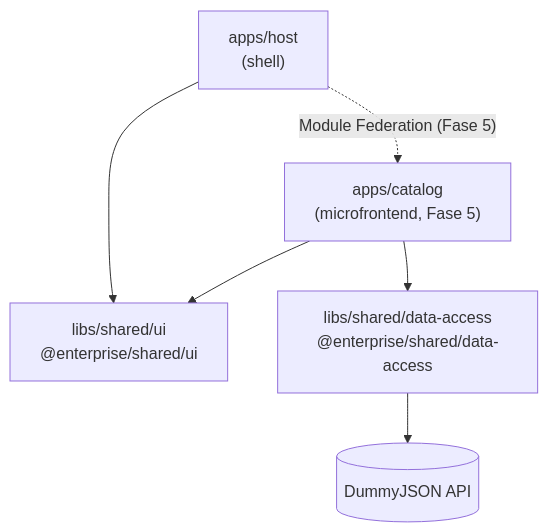
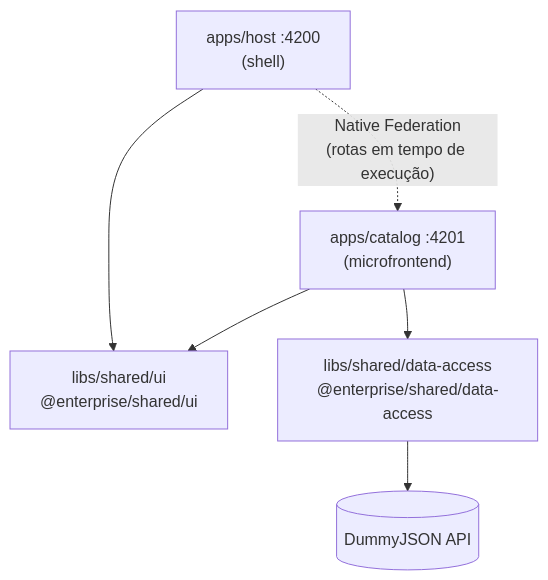
One commit to ysobarbosa/enterprise-mfe changed the diagram in README.md. Above: the diagram before and after it, drawn with Mermaid. The commit also changed other lines of this file and 52 other files, not shown here.

First line of the commit message:
feat: catalog micro frontend with native federation

````diff
--- a/README.md
+++ b/README.md
@@ -19,14 +19,14 @@
 ```mermaid
 flowchart TD
-    host["apps/host<br/>(shell)"]
-    catalog["apps/catalog<br/>(microfrontend, Fase 5)"]
+    host["apps/host :4200<br/>(shell)"]
+    catalog["apps/catalog :4201<br/>(microfrontend)"]
     ui["libs/shared/ui<br/>@enterprise/shared/ui"]
     data["libs/shared/data-access<br/>@enterprise/shared/data-access"]
     api[("DummyJSON API")]
 
-    host -. "Module Federation (Fase 5)" .-> catalog
+    host -. "Native Federation<br/>(rotas em tempo de execução)" .-> catalog
     host --> ui
     catalog --> ui
     catalog --> data
     data --> api
 ```
````
